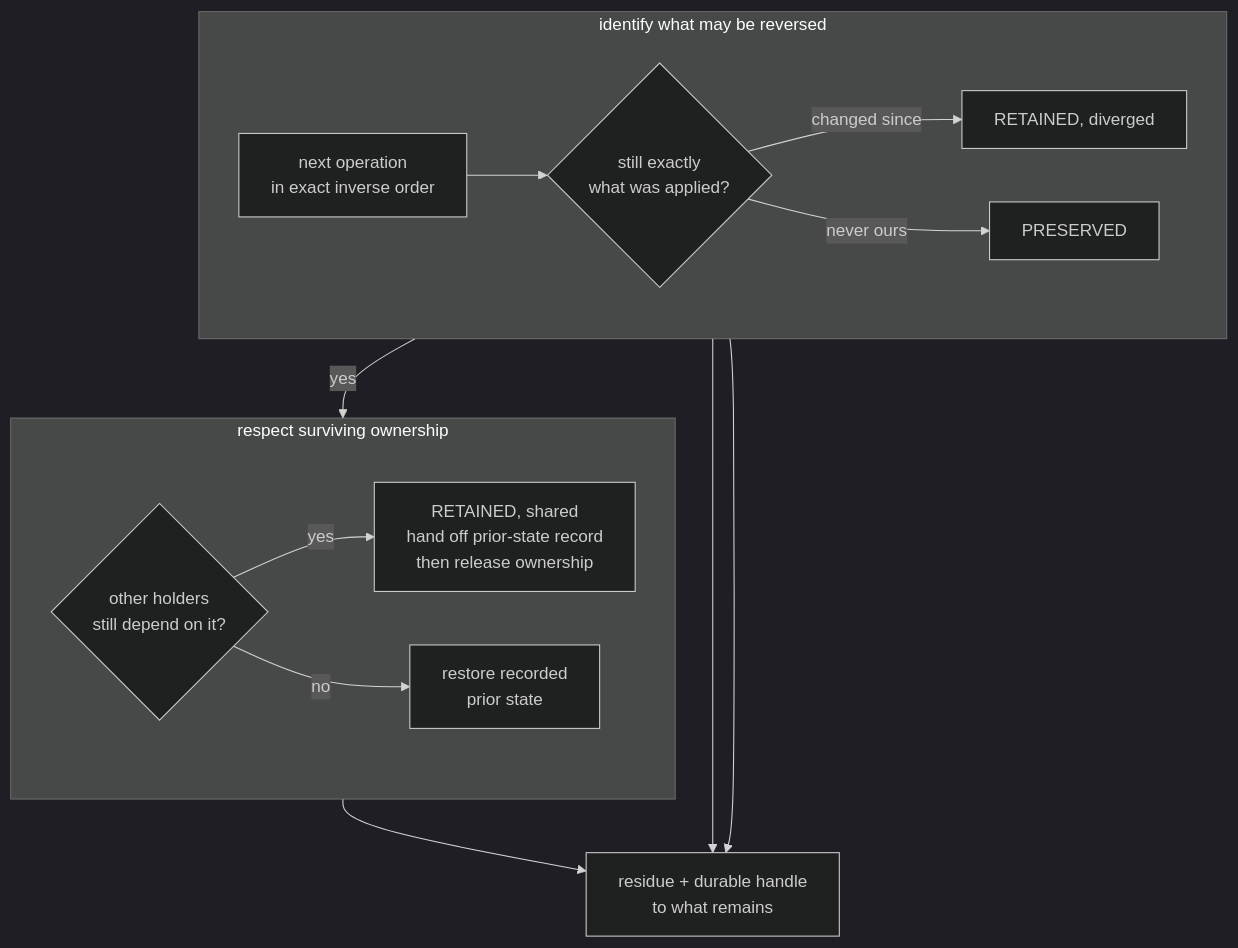
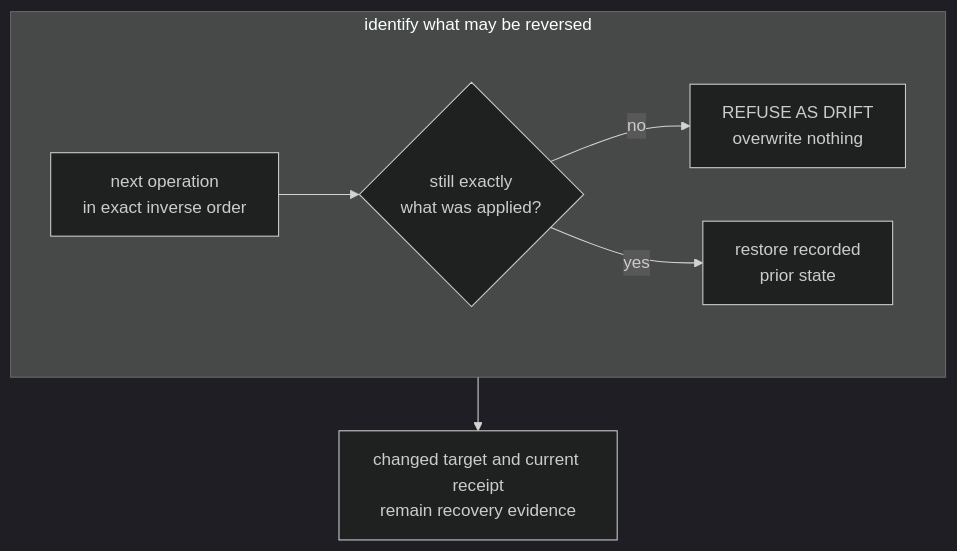
One commit to infimalabs/spice-rust changed the eighth of 10 diagrams in docs/product/planes/distribution.md. Above: the diagram before and after it, drawn with Mermaid (dark theme). The commit also changed other lines of this file and 71 other files, not shown here.

````diff
--- a/docs/product/planes/distribution.md
+++ b/docs/product/planes/distribution.md
@@ -355,20 +380,10 @@
 ```mermaid
 flowchart TD
   subgraph IDENTITY["identify what may be reversed"]
     direction LR
     START["next operation<br/>in exact inverse order"] --> ID{"still exactly<br/>what was applied?"}
-    ID -- "changed since" --> RD["RETAINED, diverged"]
-    ID -- "never ours" --> PR["PRESERVED"]
+    ID -- no --> DR["REFUSE AS DRIFT<br/>overwrite nothing"]
+    ID -- yes --> RV["restore recorded<br/>prior state"]
   end
-  subgraph DEPENDENCY["respect surviving ownership"]
-    direction LR
-    SH{"other holders<br/>still depend on it?"}
-    SH -- yes --> TR["RETAINED, shared<br/>hand off prior-state record<br/>then release ownership"]
-    SH -- no --> RV["restore recorded<br/>prior state"]
-  end
-  RES["residue + durable handle<br/>to what remains"]
-  ID -- yes --> SH
-  RD --> RES
-  PR --> RES
-  TR --> RES
+  DR --> HOLD["changed target and current receipt<br/>remain recovery evidence"]
 ```
````
